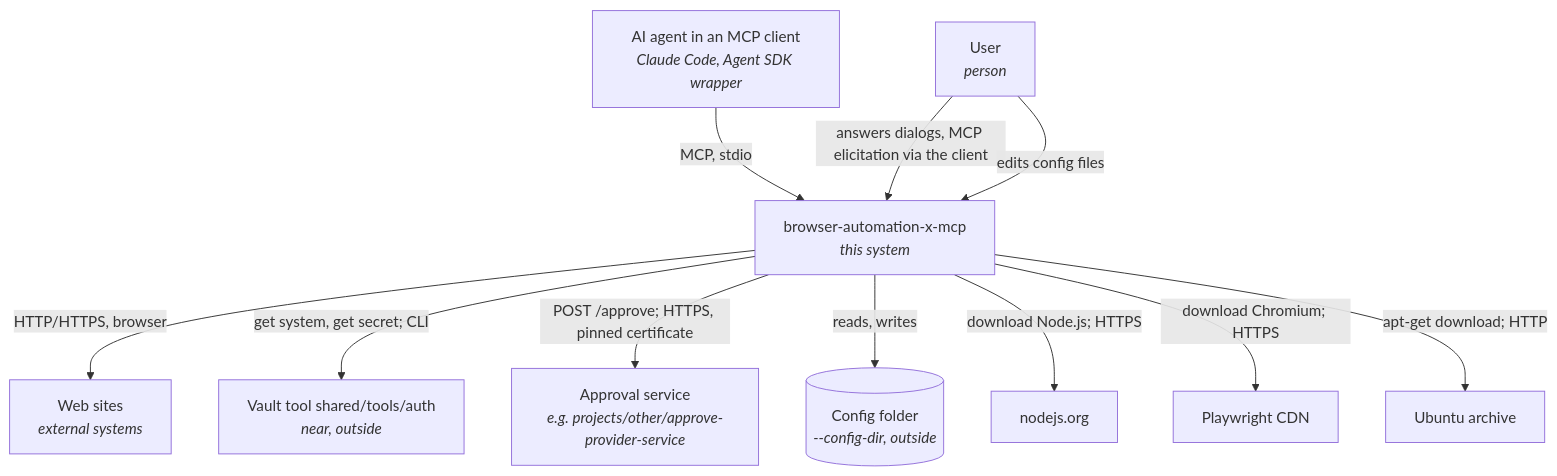
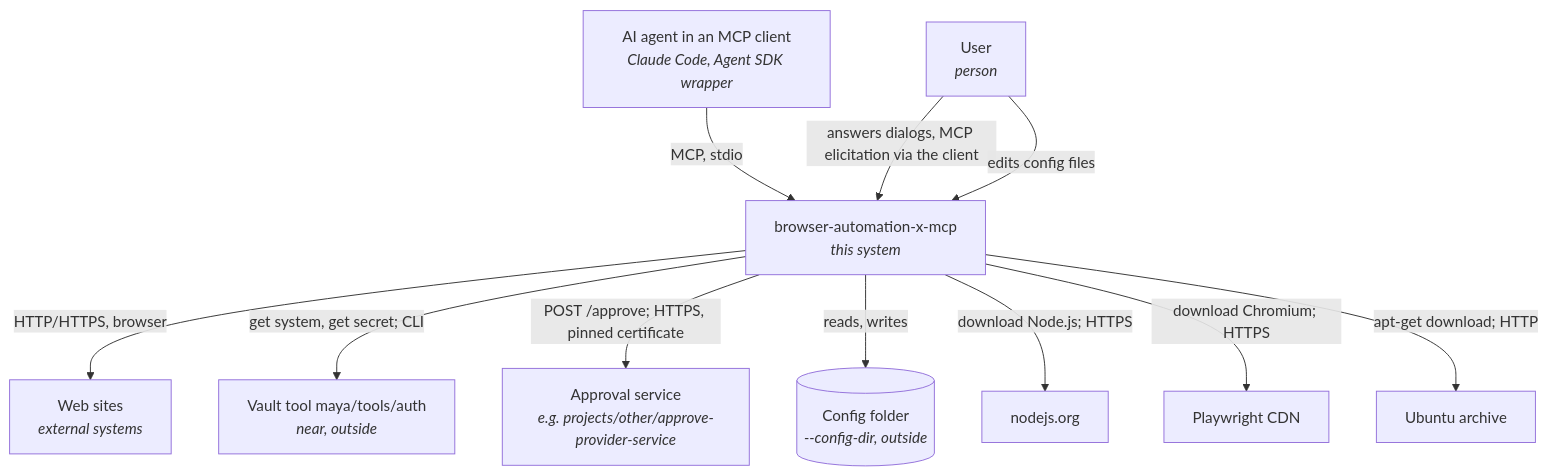
The first of 8 diagrams in tools/browser-automation-x-mcp/sdd/DESIGN.md (npstash/shared), drawn with Mermaid before and after one commit. The commit also changed other lines of this file and 32 other files, not shown here.

First line of the commit message:
Rename the repository shared to maya-agent-kit, mounted at maya/

````diff
--- a/tools/browser-automation-x-mcp/sdd/DESIGN.md
+++ b/tools/browser-automation-x-mcp/sdd/DESIGN.md
@@ -40,13 +40,13 @@
 ```mermaid
 flowchart TD
     A[AI agent in an MCP client<br/><i>Claude Code, Agent SDK wrapper</i>] -->|MCP, stdio| S[browser-automation-x-mcp<br/><i>this system</i>]
     U[User<br/><i>person</i>] -->|answers dialogs, MCP elicitation via the client| S
     U -->|edits config files| S
     S -->|HTTP/HTTPS, browser| W[Web sites<br/><i>external systems</i>]
-    S -->|get system, get secret; CLI| V[Vault tool shared/tools/auth<br/><i>near, outside</i>]
+    S -->|get system, get secret; CLI| V[Vault tool maya/tools/auth<br/><i>near, outside</i>]
     S -->|POST /approve; HTTPS, pinned certificate| AS[Approval service<br/><i>e.g. projects/other/approve-provider-service</i>]
     S -->|reads, writes| K[(Config folder<br/><i>--config-dir, outside</i>)]
     S -->|download Node.js; HTTPS| N[nodejs.org]
     S -->|download Chromium; HTTPS| P[Playwright CDN]
     S -->|apt-get download; HTTP| D[Ubuntu archive]
 ```
````
